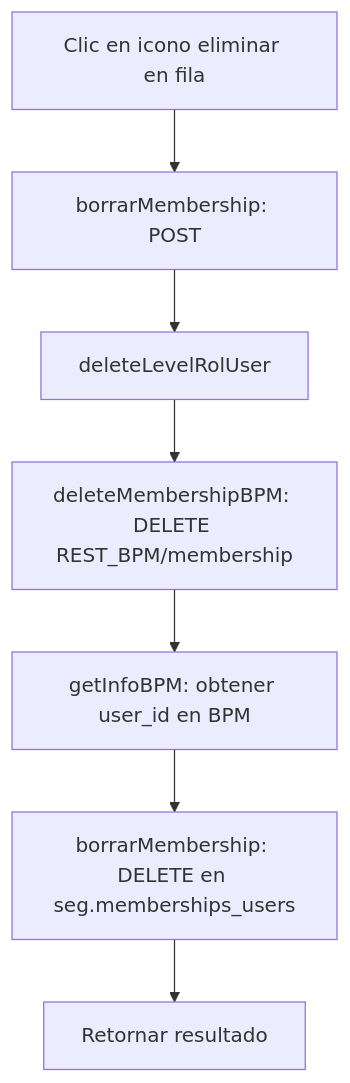
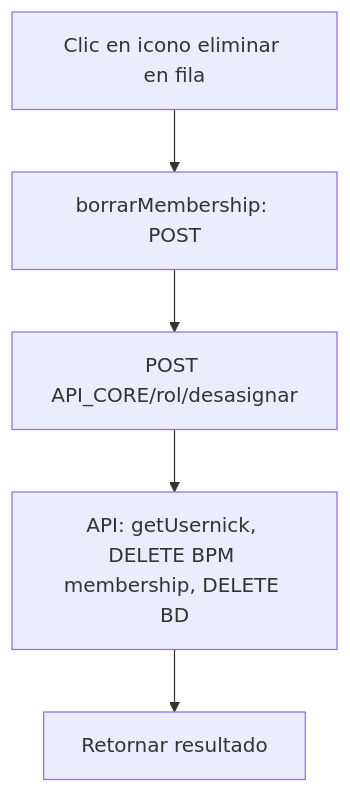
The second of 2 diagrams in doc/asignacion-roles.md (Trazalog/traz-comp-dnato), drawn with Mermaid before and after one commit. The commit also changed other lines of this file and 292 other files, not shown here.

Commit message:
Generación de usuarios y asignacion de roles por api CORE, unificado con asset

````diff
--- a/doc/asignacion-roles.md
+++ b/doc/asignacion-roles.md
@@ -36,9 +37,7 @@
 ```mermaid
 flowchart TD
     A[Clic en icono eliminar en fila] --> B[borrarMembership: POST]
-    B --> C[deleteLevelRolUser]
-    C --> D[deleteMembershipBPM: DELETE REST_BPM/membership]
-    D --> E[getInfoBPM: obtener user_id en BPM]
-    E --> F[borrarMembership: DELETE en seg.memberships_users]
-    F --> G[Retornar resultado]
+    B --> C[POST API_CORE/rol/desasignar]
+    C --> D[API: getUsernick, DELETE BPM membership, DELETE BD]
+    D --> E[Retornar resultado]
 ```
````
